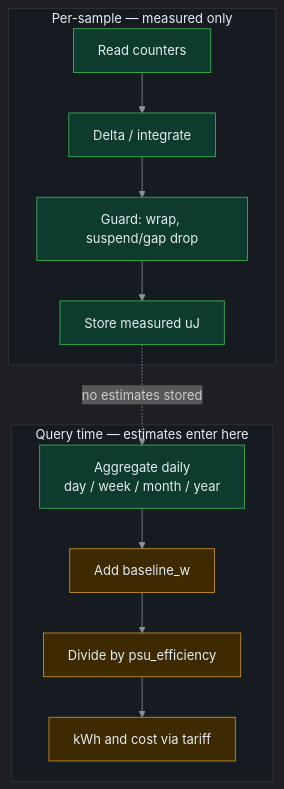
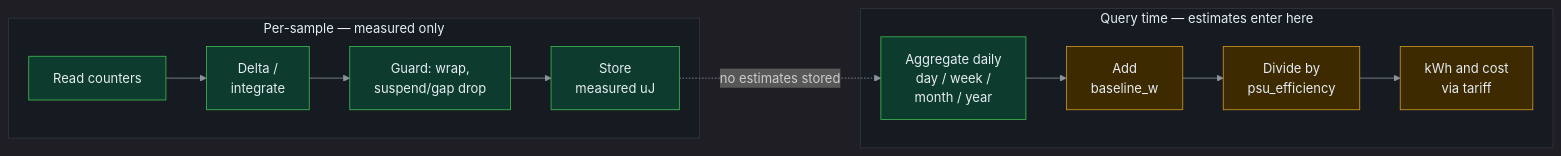
The diagram in docs/dataflow.mmd (kevzakaria/omarchy-energy-meter), drawn with Mermaid before and after one commit. The commit also changed 6 other files, not shown here.

```diff
--- a/docs/dataflow.mmd
+++ b/docs/dataflow.mmd
@@ -1,31 +1,28 @@
 ---
 config:
   theme: dark
   themeVariables:
     darkMode: true
     primaryTextColor: "#e6edf3"
     lineColor: "#8b949e"
     clusterBkg: "#161b22"
     clusterBorder: "#30363d"
     titleColor: "#e6edf3"
 ---
-flowchart TB
+%% One left-to-right chain on purpose; see CONTRIBUTING, Diagrams.
+flowchart LR
   classDef measured fill:#0d3b2e,stroke:#3fb950,color:#e6edf3
   classDef estimated fill:#3d2a00,stroke:#d29922,color:#e6edf3
 
   subgraph sample ["Per-sample — measured only"]
-    R[Read counters] --> D[Delta / integrate]
-    D --> G[Guard: wrap, suspend/gap drop]
-    G --> S[Store measured uJ]
+    R[Read counters] --> D[Delta /<br/>integrate] --> G[Guard: wrap,<br/>suspend/gap drop] --> S[Store<br/>measured uJ]
   end
 
   subgraph query ["Query time — estimates enter here"]
-    A[Aggregate daily<br/>day / week / month / year] --> B[Add baseline_w]
-    B --> P[Divide by psu_efficiency]
-    P --> K[kWh and cost via tariff]
+    A[Aggregate daily<br/>day / week /<br/>month / year] --> B[Add<br/>baseline_w] --> P[Divide by<br/>psu_efficiency] --> K[kWh and cost<br/>via tariff]
   end
 
   S -.->|"no estimates stored"| A
 
   class R,D,G,S,A measured
   class B,P,K estimated
```
